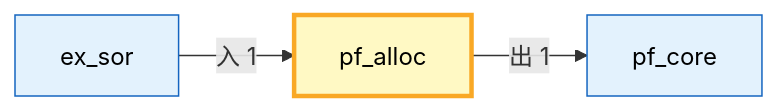
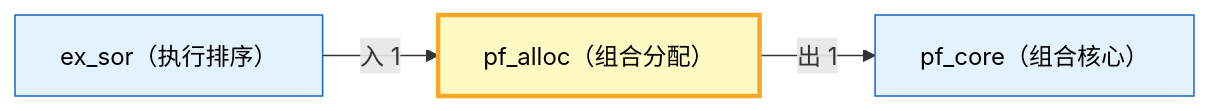
The second of 2 diagrams in docs/02_enterprise_architecture/06_decision_architecture/16_decision_l3_pf_alloc.md (xuanFelixVan/ZephyrAlpha), drawn with Mermaid before and after one commit. The commit also changed other lines of this file and 22 other files, not shown here.

First line of the commit message:
docs(decision_arch): 双语标题+跨域图+索引表头跳转链接

````diff
--- a/docs/02_enterprise_architecture/06_decision_architecture/16_decision_l3_pf_alloc.md
+++ b/docs/02_enterprise_architecture/06_decision_architecture/16_decision_l3_pf_alloc.md
@@ -100,11 +100,11 @@
 ```mermaid
 flowchart LR
-    SELF["pf_alloc"]:::selfDomain
-    EXT_pf_core["pf_core"]:::extDomain
+    SELF["pf_alloc（组合分配）"]:::selfDomain
+    EXT_pf_core["pf_core（组合核心）"]:::extDomain
     SELF -->|出 1| EXT_pf_core
-    EXT_ex_sor["ex_sor"]:::extDomain
+    EXT_ex_sor["ex_sor（执行排序）"]:::extDomain
     EXT_ex_sor -->|入 1| SELF
 
     classDef selfDomain fill:#fff9c4,stroke:#f9a825,stroke-width:3px,color:#000
     classDef extDomain fill:#e3f2fd,stroke:#1565c0,stroke-width:1px,color:#000
 ```
````
